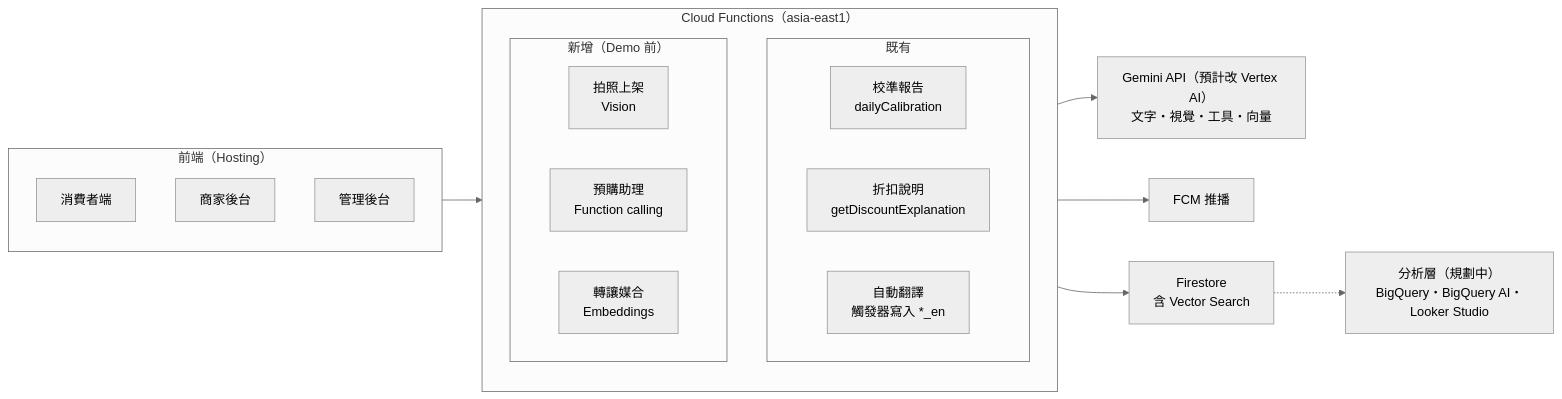
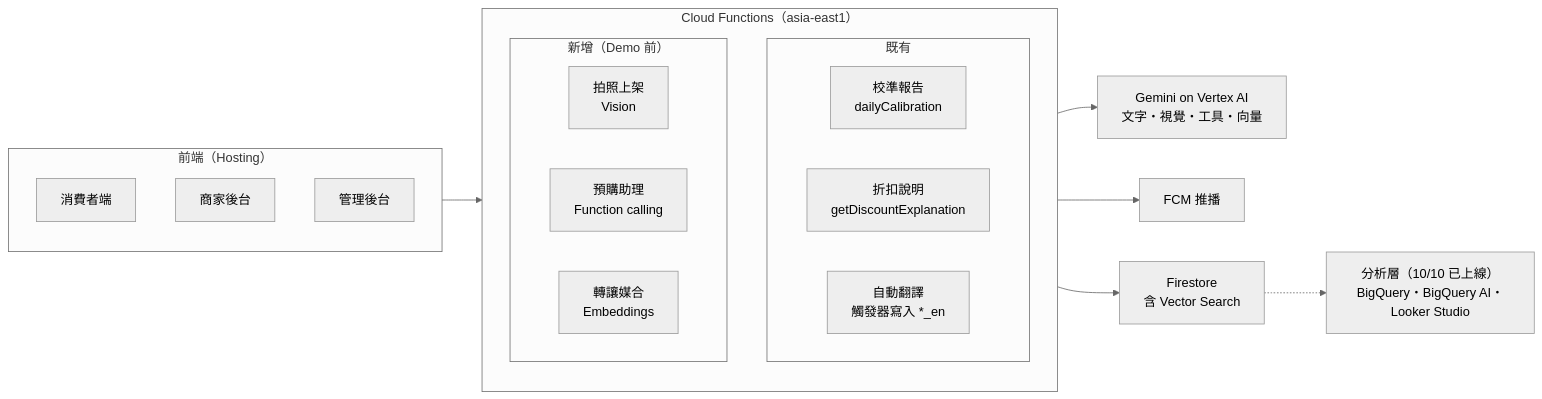
One commit to Donna12301230/bunnbaa-mvp changed the diagram in doc/AI功能設計.md. Above: the diagram before and after it, drawn with Mermaid (neutral theme). The commit also changed other lines of this file and 6 other files, not shown here.

````diff
--- a/doc/AI功能設計.md
+++ b/doc/AI功能設計.md
@@ -87,25 +87,25 @@
 ```mermaid
 flowchart LR
   subgraph FE["前端（Hosting）"]
     C[消費者端]
     V[商家後台]
     A[管理後台]
   end
   subgraph CF["Cloud Functions（asia-east1）"]
     subgraph OLD["既有"]
       F1["校準報告<br/>dailyCalibration"]
       F2["折扣說明<br/>getDiscountExplanation"]
       F3["自動翻譯<br/>觸發器寫入 *_en"]
     end
     subgraph NEW["新增（Demo 前）"]
       N1["拍照上架<br/>Vision"]
       N2["預購助理<br/>Function calling"]
       N3["轉讓媒合<br/>Embeddings"]
     end
   end
   FE --> CF
-  CF --> G["Gemini API（預計改 Vertex AI）<br/>文字・視覺・工具・向量"]
+  CF --> G["Gemini on Vertex AI<br/>文字・視覺・工具・向量"]
   CF --> P[FCM 推播]
   CF --> D["Firestore<br/>含 Vector Search"]
-  D -.-> B["分析層（規劃中）<br/>BigQuery・BigQuery AI・Looker Studio"]
+  D -.-> B["分析層（10/10 已上線）<br/>BigQuery・BigQuery AI・Looker Studio"]
 ```
````
